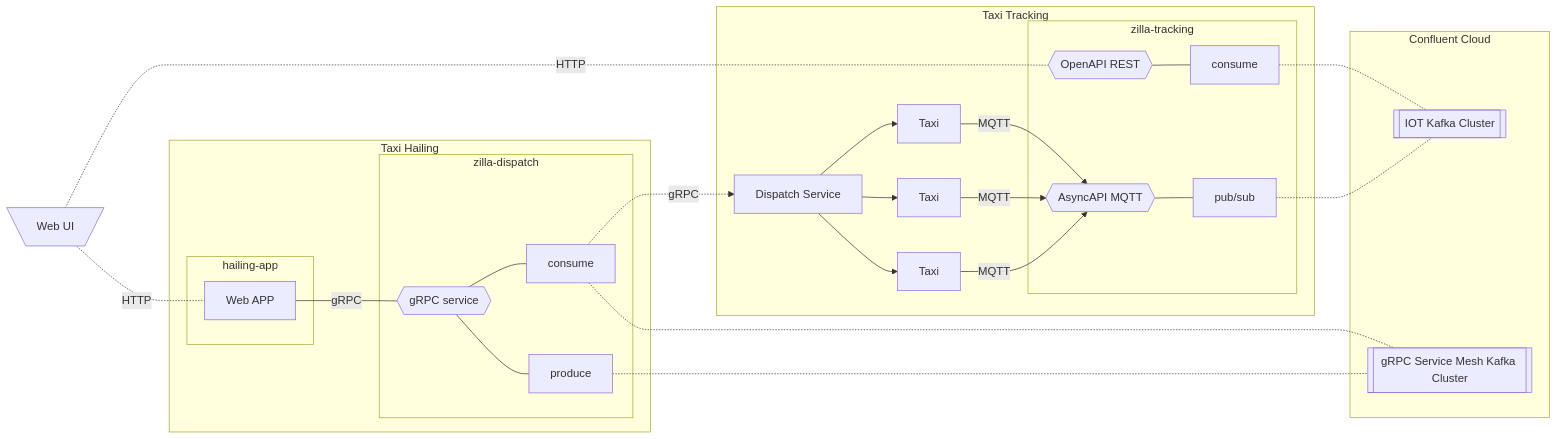
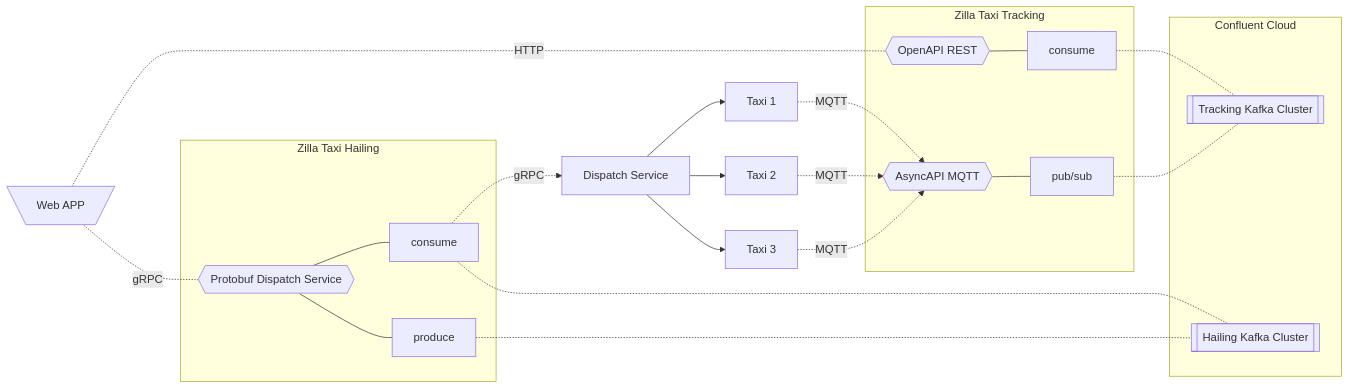
The diagram in taxi/live-demo-deploy/README.md (aklivity/zilla-demos), drawn with Mermaid before and after one commit.

Commit message:
diagram updates

````diff
--- a/taxi/live-demo-deploy/README.md
+++ b/taxi/live-demo-deploy/README.md
@@ -5,42 +5,33 @@
 ```mermaid
 flowchart LR
 
-    tmuisr[\Web UI/] -.- |HTTP| har
+    tmuisr[\Web APP/] -.- |gRPC| zhgs
     tmuisr -.- |HTTP| ztos
-        
-    subgraph Taxi Hailing
 
-        subgraph hailing-app
-            har[Web APP]
-        end
-
-        subgraph zilla-dispatch
-            har --- |gRPC| zhgs{{gRPC service}}
+    subgraph Zilla Taxi Hailing
+            zhgs{{Protobuf Dispatch Service}}
             zhgs --- zhig[consume]
             zhgs --- zheg[produce]
-        end
     end
 
-    subgraph Taxi Tracking
-        subgraph zilla-tracking
+    subgraph Zilla Taxi Tracking
             ztos{{OpenAPI REST}} --- ztoc[consume]
             ztas{{AsyncAPI MQTT}} --- ztapc[pub/sub]
-        end
+    end
         zhig -.-> |gRPC| tsgrpc[Dispatch Service]
-        tsgrpc --> tsiot[Taxi]
-        tsgrpc --> tsiotb[Taxi]
-        tsgrpc --> tsiotc[Taxi]
-        tsiot --> |MQTT| ztas
-        tsiotb --> |MQTT| ztas
-        tsiotc --> |MQTT| ztas
-    end
+        tsgrpc --> tsiot[Taxi 1]
+        tsgrpc --> tsiotb[Taxi 2]
+        tsgrpc --> tsiotc[Taxi 3]
+        tsiotc -.-> |MQTT| ztas
+        tsiotb -.-> |MQTT| ztas
+        tsiot -.-> |MQTT| ztas
 
     subgraph Confluent Cloud
-        cciot[[IOT Kafka Cluster]]
+        cciot[[Tracking Kafka Cluster]]
         ztapc -.- cciot
         ztoc -.- cciot
-        ccsm[[gRPC Service Mesh Kafka Cluster]]
+        ccsm[[Hailing Kafka Cluster]]
         zheg -.- ccsm
         zhig -.- ccsm
     end
 ```
````
